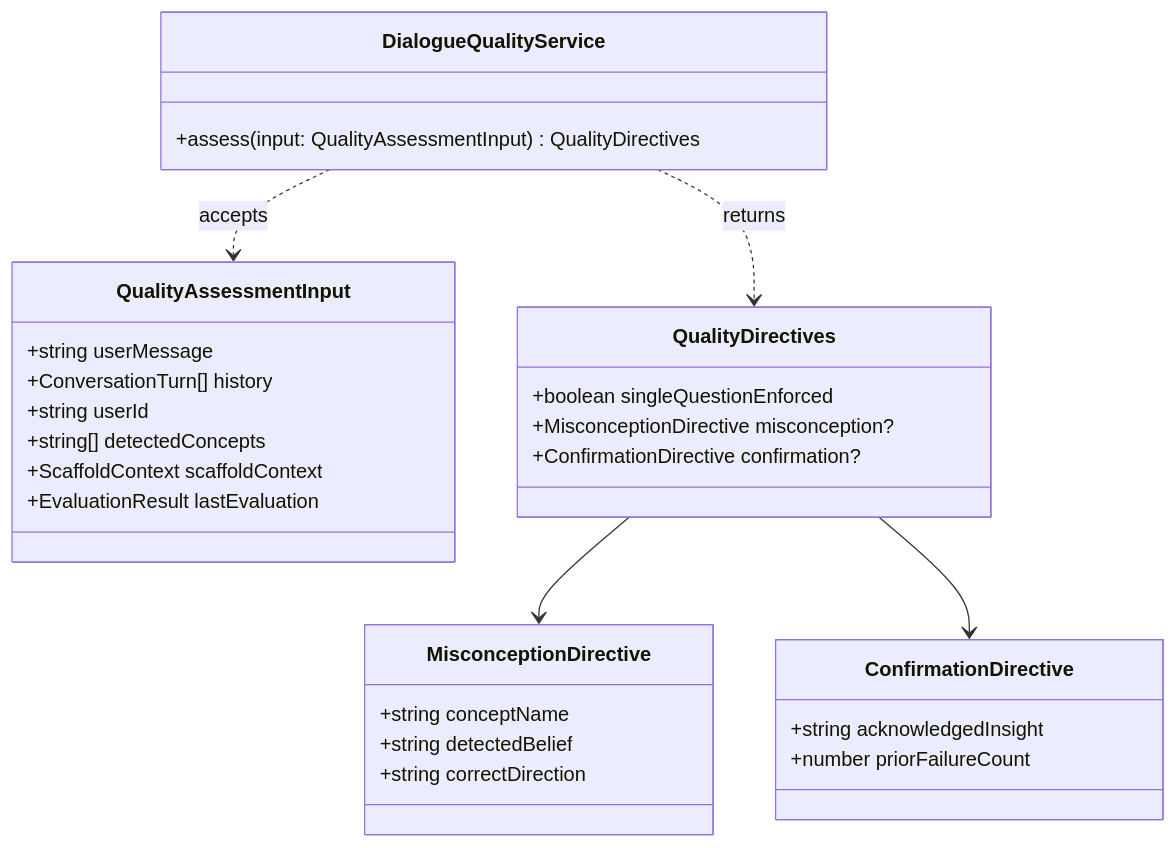
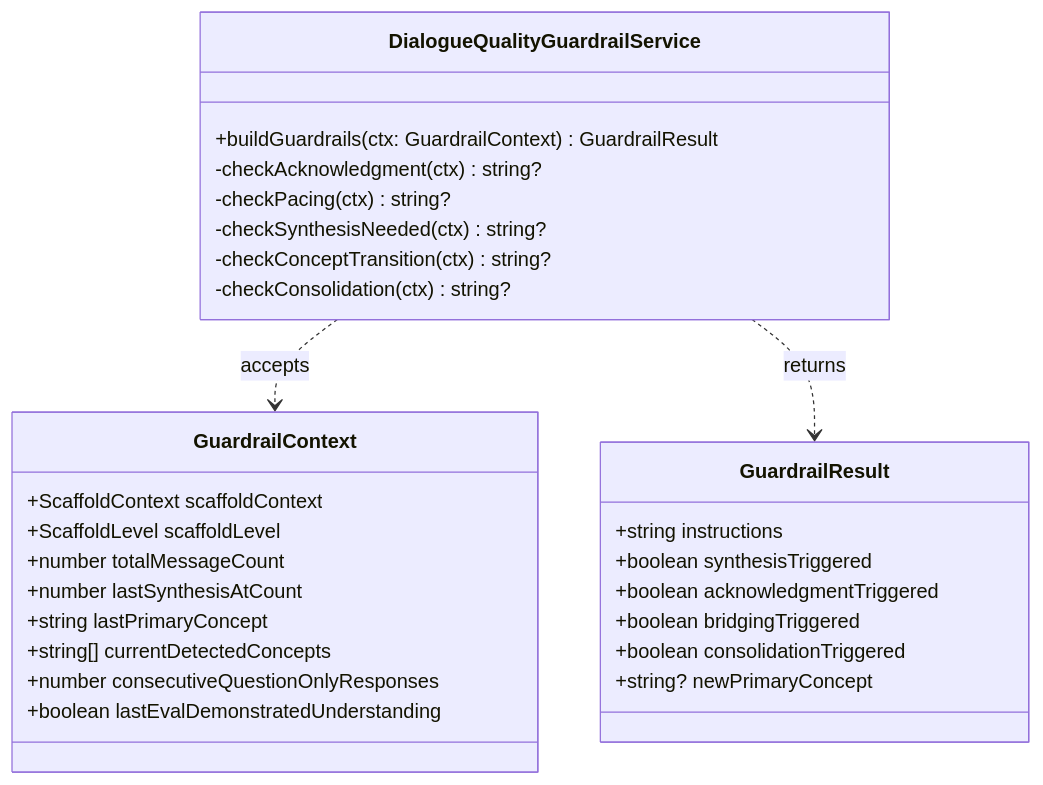
One commit to shettydev/mukti changed the fourth of 5 diagrams in docs/rfcs/active/rfc-0004-socratic-dialogue-quality-guardrails/index.md. Above: the diagram before and after it, drawn with Mermaid. The commit also changed other lines of this file and 1 other file, not shown here.

First line of the commit message:
docs(rfc): Refine dialogue quality guardrails RFC

````diff
--- a/docs/rfcs/active/rfc-0004-socratic-dialogue-quality-guardrails/index.md
+++ b/docs/rfcs/active/rfc-0004-socratic-dialogue-quality-guardrails/index.md
@@ -197,37 +337,34 @@
 ```mermaid
 classDiagram
-    class DialogueQualityService {
-        +assess(input: QualityAssessmentInput) QualityDirectives
+    class DialogueQualityGuardrailService {
+        +buildGuardrails(ctx: GuardrailContext) GuardrailResult
+        -checkAcknowledgment(ctx) string?
+        -checkPacing(ctx) string?
+        -checkSynthesisNeeded(ctx) string?
+        -checkConceptTransition(ctx) string?
+        -checkConsolidation(ctx) string?
     }
 
-    class QualityAssessmentInput {
-        +string userMessage
-        +ConversationTurn[] history
-        +string userId
-        +string[] detectedConcepts
+    class GuardrailContext {
         +ScaffoldContext scaffoldContext
-        +EvaluationResult lastEvaluation
+        +ScaffoldLevel scaffoldLevel
+        +number totalMessageCount
+        +number lastSynthesisAtCount
+        +string lastPrimaryConcept
+        +string[] currentDetectedConcepts
+        +number consecutiveQuestionOnlyResponses
+        +boolean lastEvalDemonstratedUnderstanding
     }
 
-    class QualityDirectives {
-        +boolean singleQuestionEnforced
-        +MisconceptionDirective misconception?
-        +ConfirmationDirective confirmation?
+    class GuardrailResult {
+        +string instructions
+        +boolean synthesisTriggered
+        +boolean acknowledgmentTriggered
+        +boolean bridgingTriggered
+        +boolean consolidationTriggered
+        +string? newPrimaryConcept
     }
 
-    class MisconceptionDirective {
-        +string conceptName
-        +string detectedBelief
-        +string correctDirection
-    }
-
-    class ConfirmationDirective {
-        +string acknowledgedInsight
-        +number priorFailureCount
-    }
-
-    DialogueQualityService ..> QualityAssessmentInput : accepts
-    DialogueQualityService ..> QualityDirectives : returns
-    QualityDirectives --> MisconceptionDirective
-    QualityDirectives --> ConfirmationDirective
+    DialogueQualityGuardrailService ..> GuardrailContext : accepts
+    DialogueQualityGuardrailService ..> GuardrailResult : returns
 ```
````
